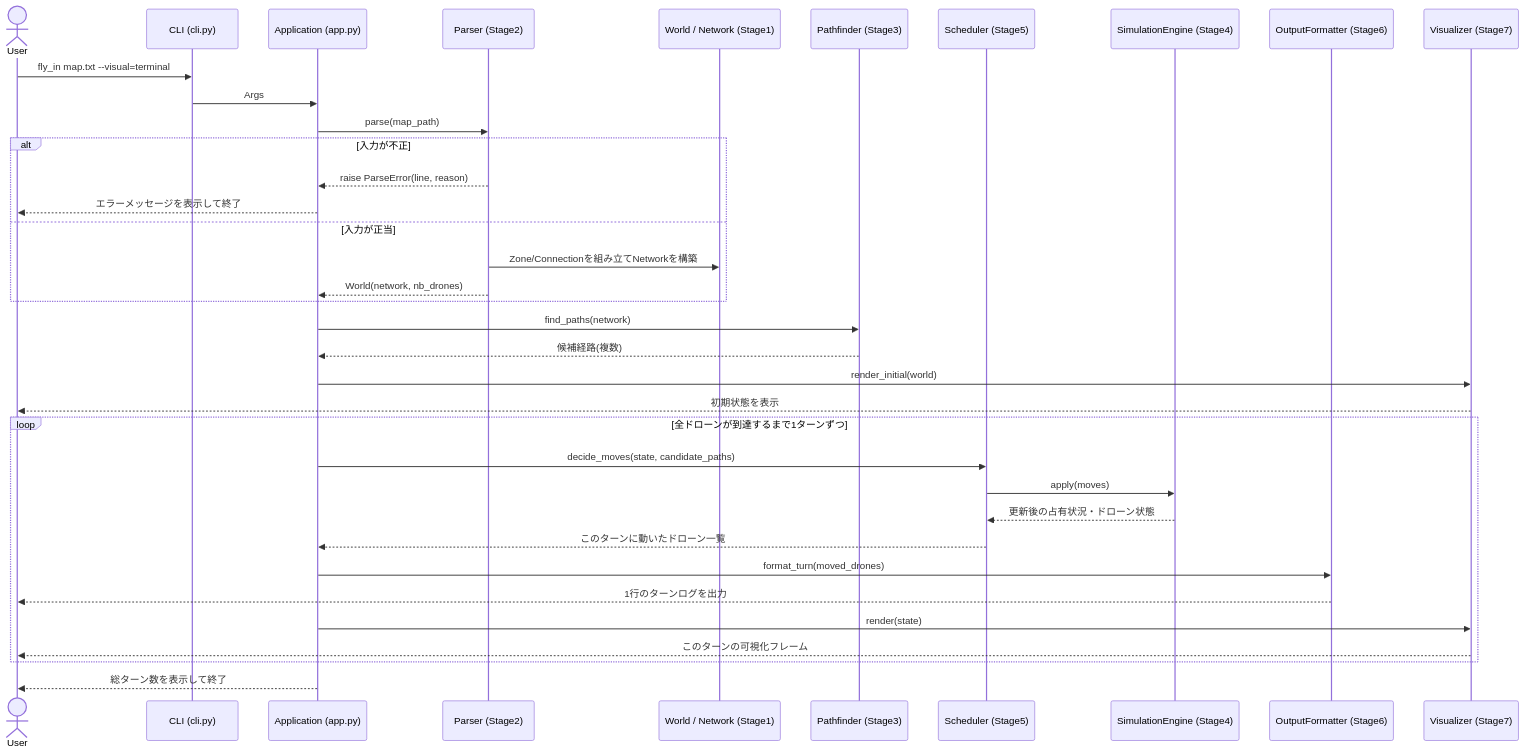
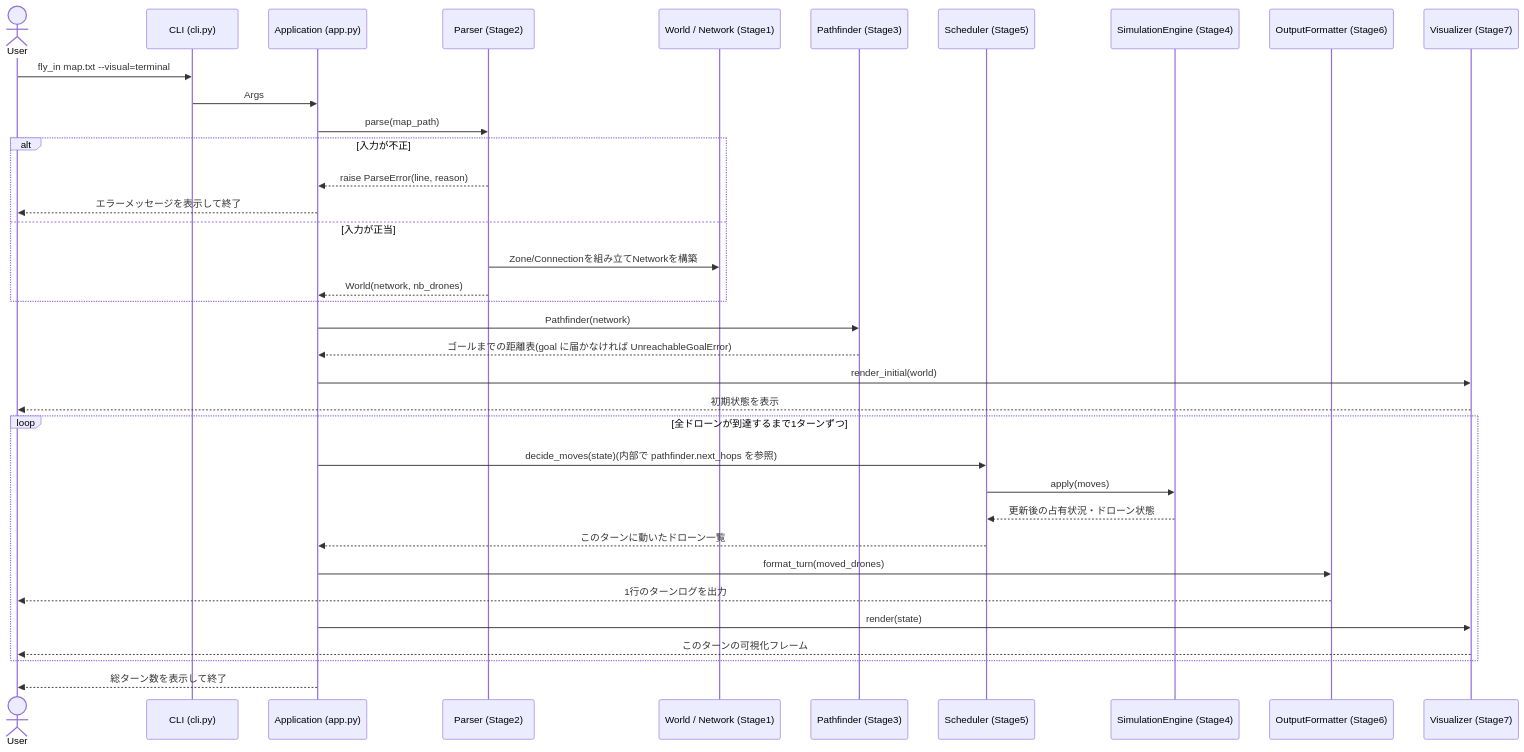
Before and after one commit to saikawakiruya-droid/fly_in: the second of 2 diagrams in docs/research/2026-09-17_workflow-all-stages.md, drawn with Mermaid. The commit also changed other lines of this file and 1 other file, not shown here.

Commit message:
Add Stage 3 pathfinding workflow and update the all-stages plan

````diff
--- a/docs/research/2026-09-17_workflow-all-stages.md
+++ b/docs/research/2026-09-17_workflow-all-stages.md
@@ -47,41 +47,41 @@
 ```mermaid
 sequenceDiagram
     actor User
     participant CLI as CLI (cli.py)
     participant App as Application (app.py)
     participant Parser as Parser (Stage2)
     participant Net as World / Network (Stage1)
     participant PF as Pathfinder (Stage3)
     participant Sched as Scheduler (Stage5)
     participant Sim as SimulationEngine (Stage4)
     participant Out as OutputFormatter (Stage6)
     participant Vis as Visualizer (Stage7)
 
     User->>CLI: fly_in map.txt --visual=terminal
     CLI->>App: Args
     App->>Parser: parse(map_path)
     alt 入力が不正
         Parser-->>App: raise ParseError(line, reason)
         App-->>User: エラーメッセージを表示して終了
     else 入力が正当
         Parser->>Net: Zone/Connectionを組み立てNetworkを構築
         Parser-->>App: World(network, nb_drones)
     end
-    App->>PF: find_paths(network)
-    PF-->>App: 候補経路(複数)
+    App->>PF: Pathfinder(network)
+    PF-->>App: ゴールまでの距離表(goal に届かなければ UnreachableGoalError)
     App->>Vis: render_initial(world)
     Vis-->>User: 初期状態を表示
 
     loop 全ドローンが到達するまで1ターンずつ
-        App->>Sched: decide_moves(state, candidate_paths)
+        App->>Sched: decide_moves(state)(内部で pathfinder.next_hops を参照)
         Sched->>Sim: apply(moves)
         Sim-->>Sched: 更新後の占有状況・ドローン状態
         Sched-->>App: このターンに動いたドローン一覧
         App->>Out: format_turn(moved_drones)
         Out-->>User: 1行のターンログを出力
         App->>Vis: render(state)
         Vis-->>User: このターンの可視化フレーム
     end
 
     App-->>User: 総ターン数を表示して終了
 ```
````
